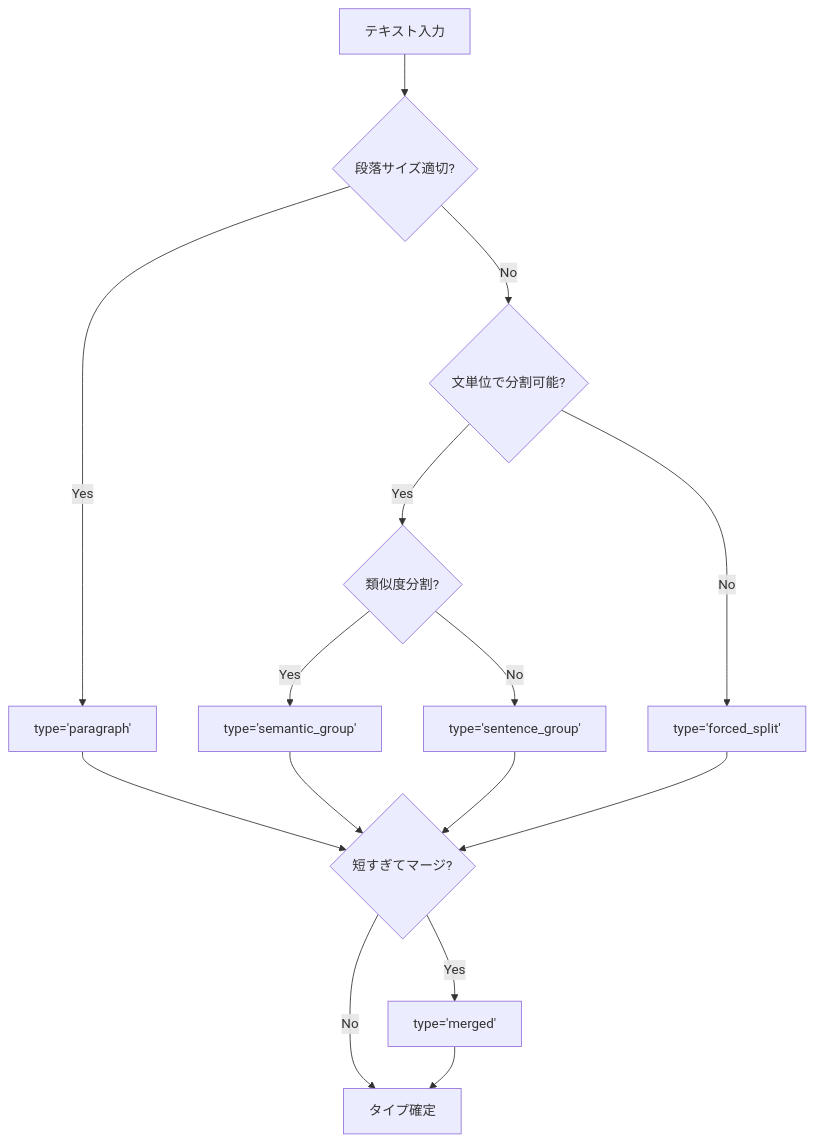
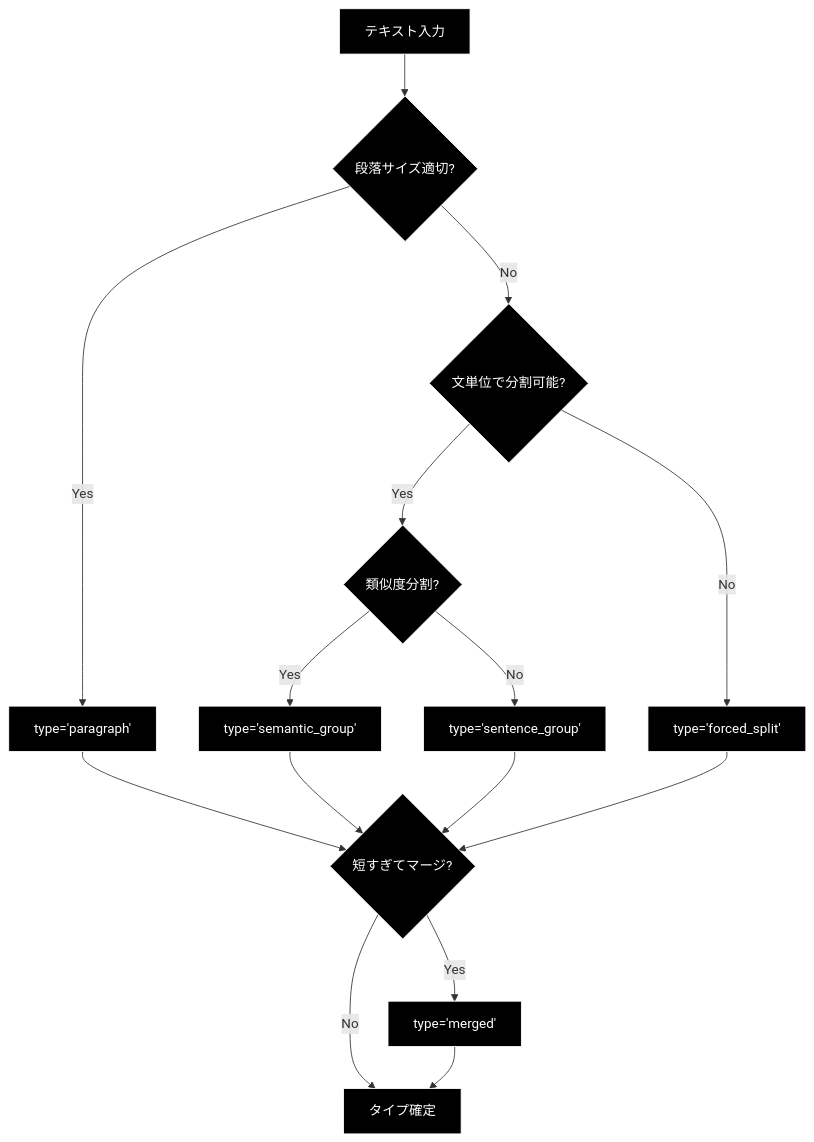
The ninth of 9 diagrams in qa_generation/docs/semantic.md (nakashima2toshio/grace_v2_local), drawn with Mermaid before and after one commit. The commit also changed other lines of this file, not shown here.

First line of the commit message:
docs(semantic): Mermaid 6 図に黒背景スタイルを適用する

````diff
--- a/qa_generation/docs/semantic.md
+++ b/qa_generation/docs/semantic.md
@@ -429,18 +444,21 @@
 ```mermaid
 flowchart TD
     A[テキスト入力] --> B{段落サイズ適切?}
     B -->|Yes| C["type='paragraph'"]
     B -->|No| D{文単位で分割可能?}
     D -->|Yes| E{類似度分割?}
     E -->|Yes| F["type='semantic_group'"]
     E -->|No| G["type='sentence_group'"]
     D -->|No| H["type='forced_split'"]
 
     C --> I{短すぎてマージ?}
     F --> I
     G --> I
     H --> I
     I -->|Yes| J["type='merged'"]
     I -->|No| K[タイプ確定]
     J --> K
+classDef default fill:#000,stroke:#fff,color:#fff
+classDef subgraphStyle fill:#1a1a1a,stroke:#fff,color:#fff
+class A,B,C,D,E,F,G,H,I,J,K default
 ```
````
